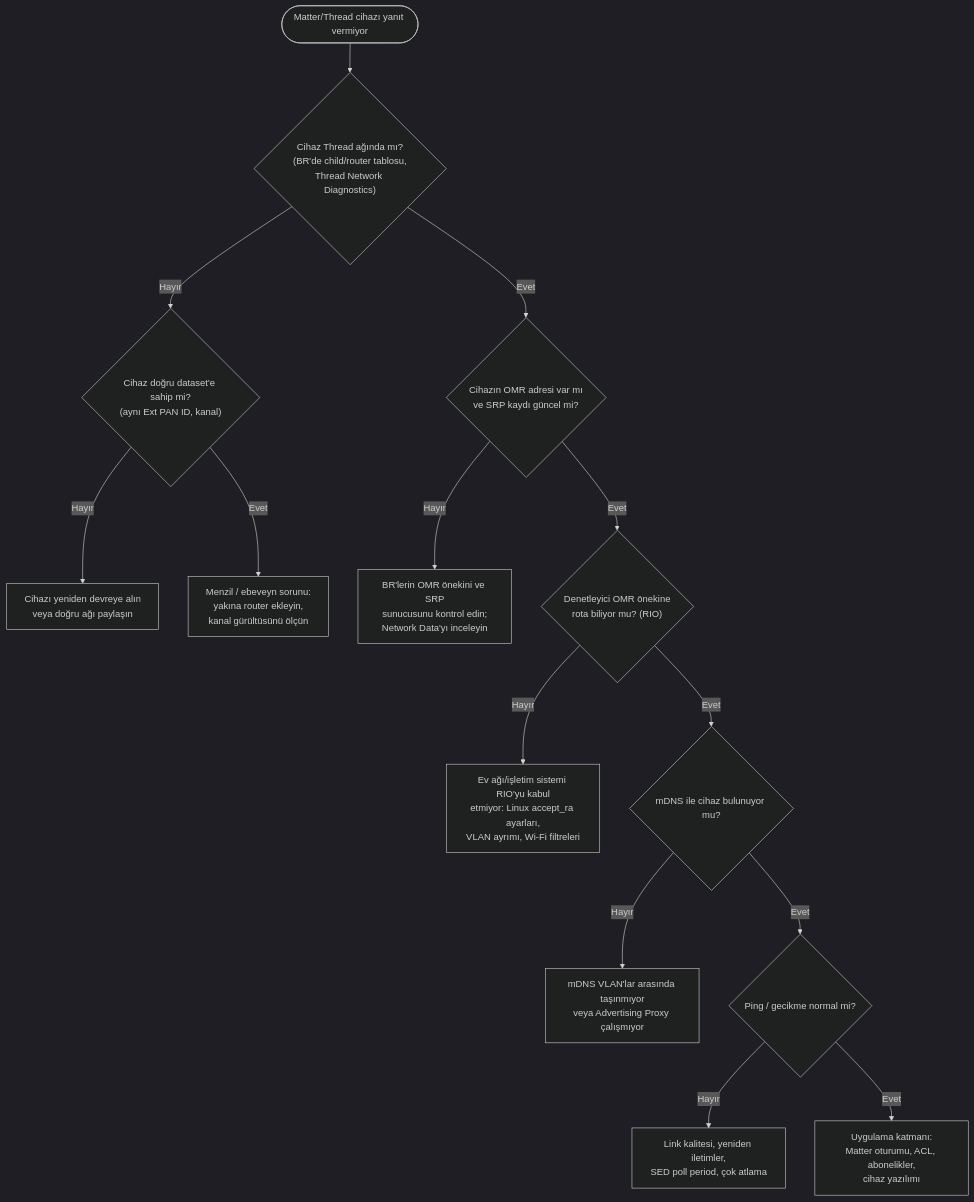
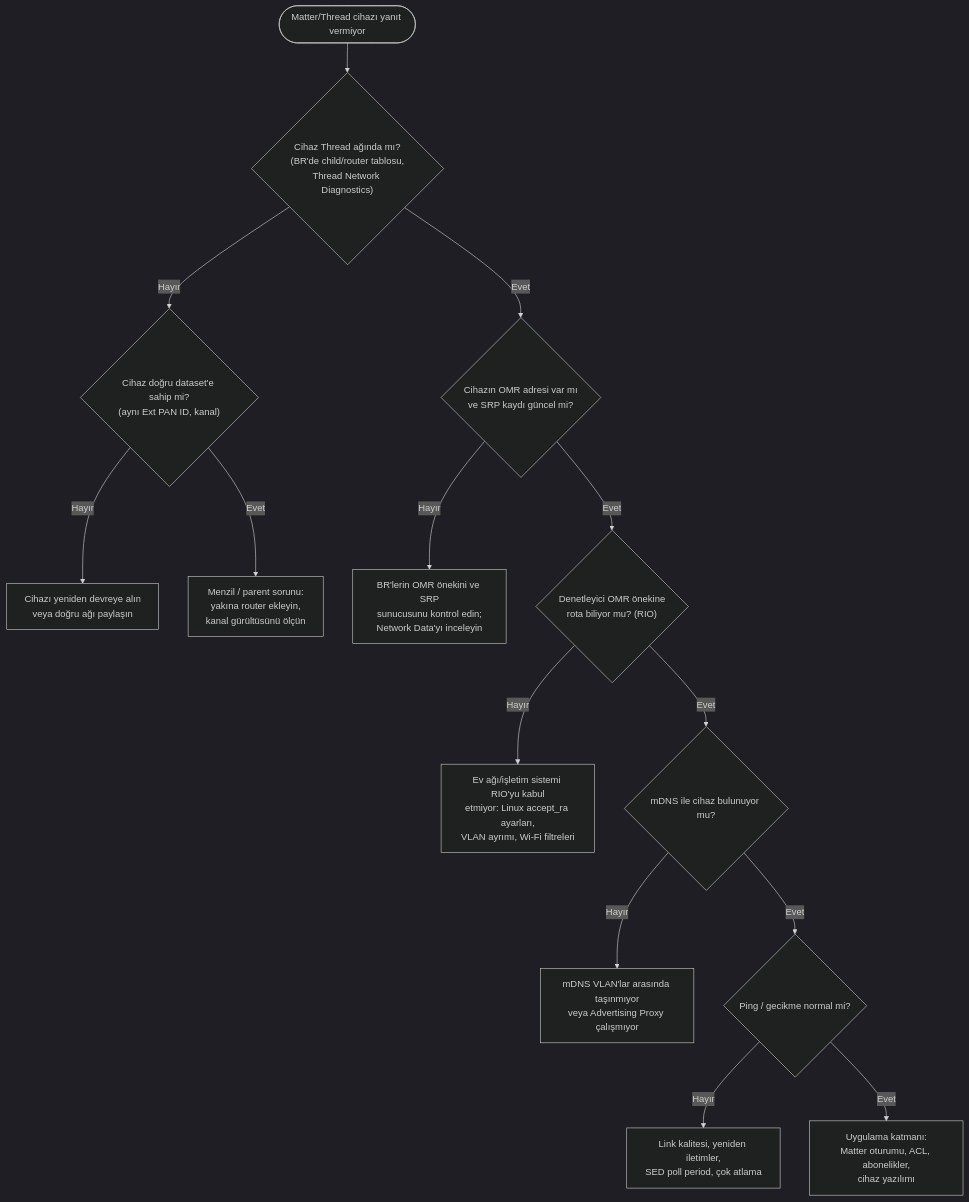
The diagram in bolumler/27-sorun-giderme.md (Berkancelik/thread-architecture), drawn with Mermaid (dark theme) before and after one commit. The commit also changed other lines of this file and 31 other files, not shown here.

````diff
--- a/bolumler/27-sorun-giderme.md
+++ b/bolumler/27-sorun-giderme.md
@@ -5,16 +5,16 @@
 ```mermaid
 flowchart TD
     A(["Matter/Thread cihazı yanıt vermiyor"]) --> B{"Cihaz Thread ağında mı?<br/>(BR'de child/router tablosu,<br/>Thread Network Diagnostics)"}
     B -- Hayır --> C{"Cihaz doğru dataset'e sahip mi?<br/>(aynı Ext PAN ID, kanal)"}
     C -- Hayır --> C1["Cihazı yeniden devreye alın<br/>veya doğru ağı paylaşın"]
-    C -- Evet --> C2["Menzil / ebeveyn sorunu:<br/>yakına router ekleyin,<br/>kanal gürültüsünü ölçün"]
+    C -- Evet --> C2["Menzil / parent sorunu:<br/>yakına router ekleyin,<br/>kanal gürültüsünü ölçün"]
     B -- Evet --> D{"Cihazın OMR adresi var mı<br/>ve SRP kaydı güncel mi?"}
     D -- Hayır --> D1["BR'lerin OMR önekini ve SRP<br/>sunucusunu kontrol edin;<br/>Network Data'yı inceleyin"]
     D -- Evet --> E{"Denetleyici OMR önekine<br/>rota biliyor mu? (RIO)"}
     E -- Hayır --> E1["Ev ağı/işletim sistemi RIO'yu kabul<br/>etmiyor: Linux accept_ra ayarları,<br/>VLAN ayrımı, Wi-Fi filtreleri"]
     E -- Evet --> F{"mDNS ile cihaz bulunuyor mu?"}
     F -- Hayır --> F1["mDNS VLAN'lar arasında taşınmıyor<br/>veya Advertising Proxy çalışmıyor"]
     F -- Evet --> G{"Ping / gecikme normal mi?"}
     G -- Hayır --> G1["Link kalitesi, yeniden iletimler,<br/>SED poll period, çok atlama"]
     G -- Evet --> H["Uygulama katmanı:<br/>Matter oturumu, ACL, abonelikler,<br/>cihaz yazılımı"]
 ```
````
